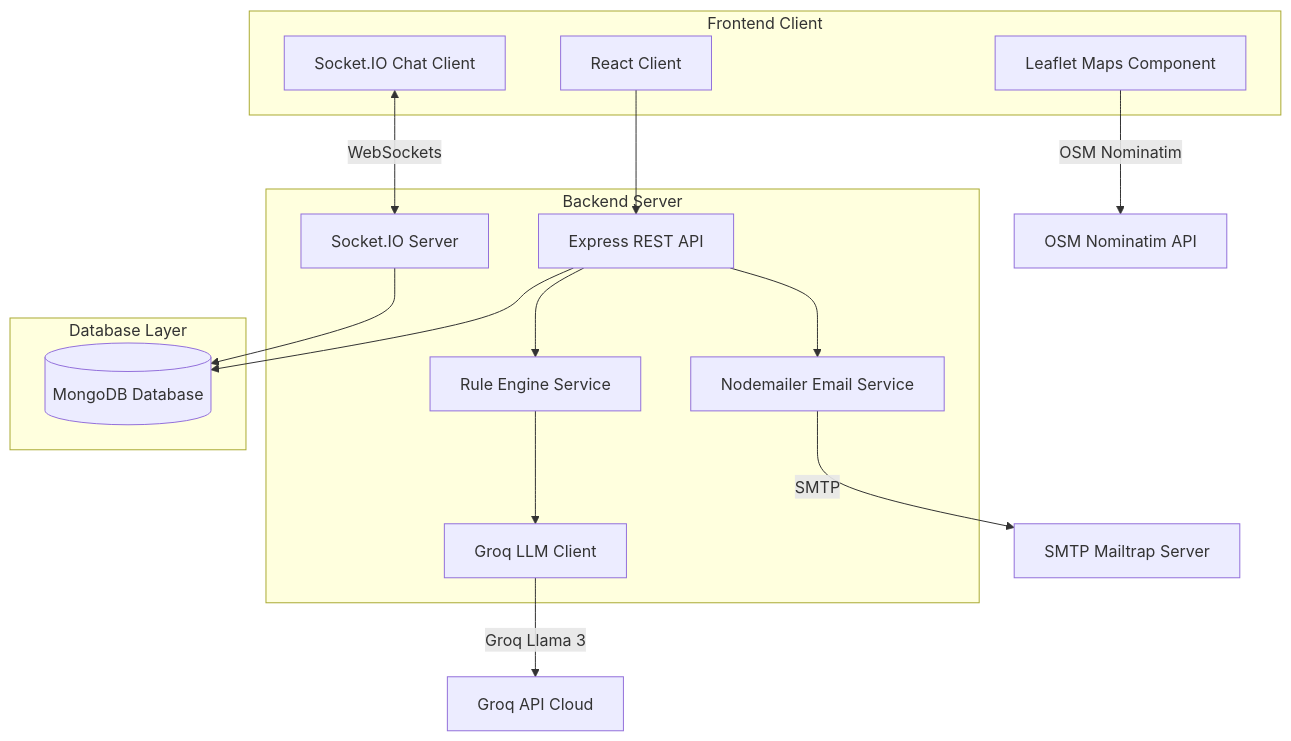
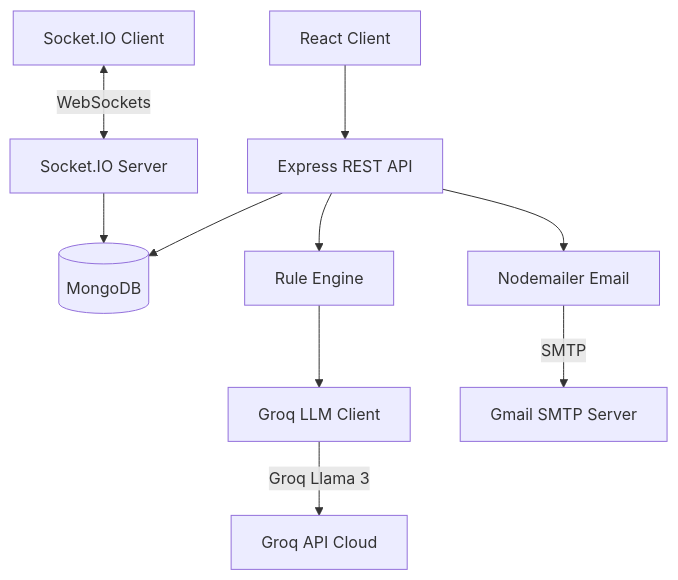
Before and after one commit to rugvedi20/Rent-Flatmate: the second of 2 diagrams in SYSTEM_DESIGN.md, drawn with Mermaid. The commit also changed other lines of this file and 4 other files, not shown here.

````diff
--- a/SYSTEM_DESIGN.md
+++ b/SYSTEM_DESIGN.md
@@ -109,31 +70,10 @@
 ```mermaid
 graph TB
-    subgraph Frontend Client
-        React[React Client]
-        Leaflet[Leaflet Maps Component]
-        SocketIO_Client[Socket.IO Chat Client]
-    end
-
-    subgraph Backend Server
-        Express[Express REST API]
-        SocketIO_Server[Socket.IO Server]
-        RuleEngine[Rule Engine Service]
-        GroqService[Groq LLM Client]
-        EmailService[Nodemailer Email Service]
-    end
-
-    subgraph Database Layer
-        MongoDB[(MongoDB Database)]
-    end
-
-    React --> Express
-    Leaflet --> |OSM Nominatim| NominatimAPI[OSM Nominatim API]
-    SocketIO_Client <--> |WebSockets| SocketIO_Server
-    Express --> MongoDB
+    React[React Client] --> Express[Express REST API]
+    SocketIO_Client[Socket.IO Client] <--> |WebSockets| SocketIO_Server[Socket.IO Server]
+    Express --> MongoDB[(MongoDB)]
     SocketIO_Server --> MongoDB
-    Express --> RuleEngine
-    RuleEngine --> GroqService
-    GroqService --> |Groq Llama 3| GroqAPI[Groq API Cloud]
-    Express --> EmailService
-    EmailService --> |SMTP| SMTP[SMTP Mailtrap Server]
+    Express --> RuleEngine[Rule Engine]
+    RuleEngine --> GroqService[Groq LLM Client] --> |Groq Llama 3| GroqAPI[Groq API Cloud]
+    Express --> EmailService[Nodemailer Email] --> |SMTP| SMTP[Gmail SMTP Server]
 ```
````
